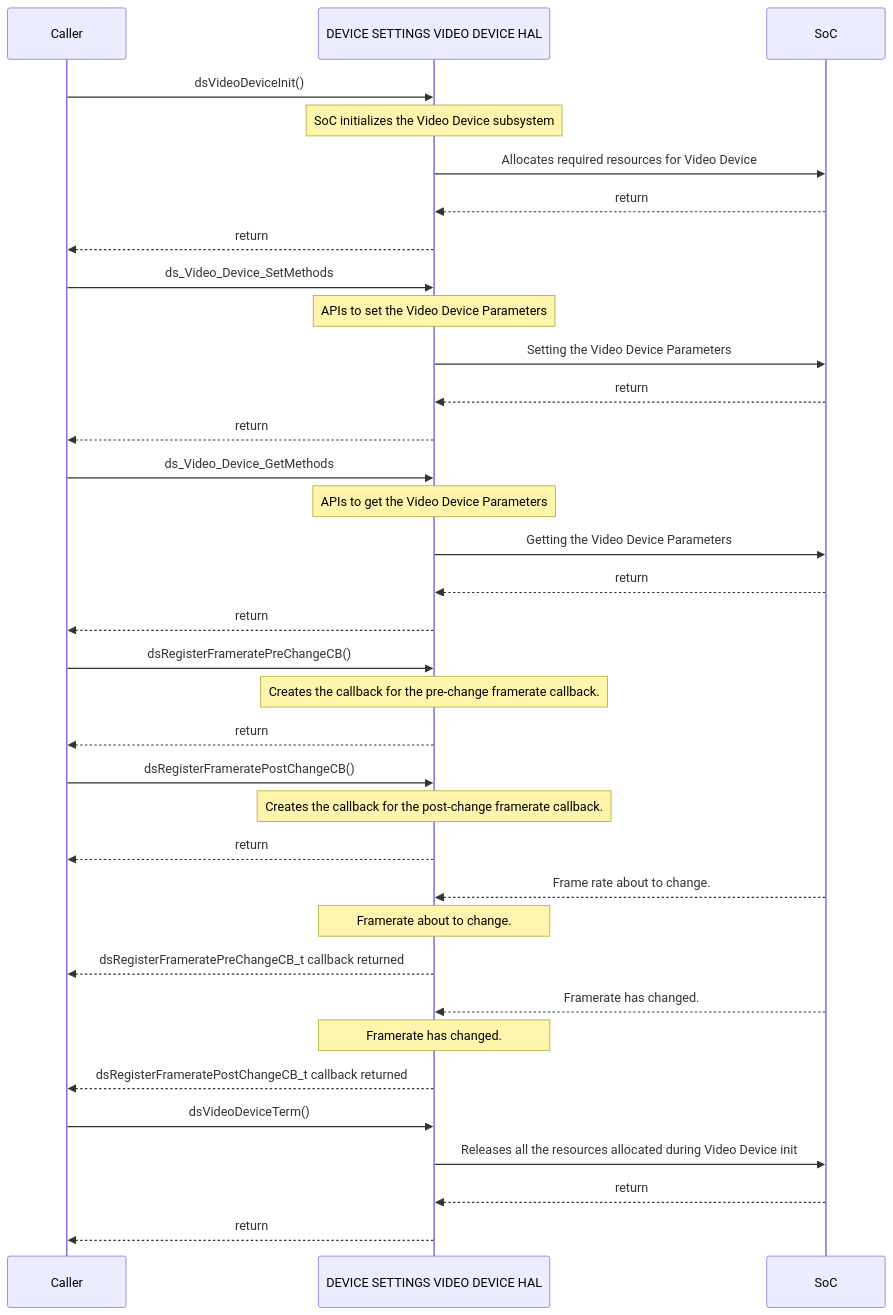
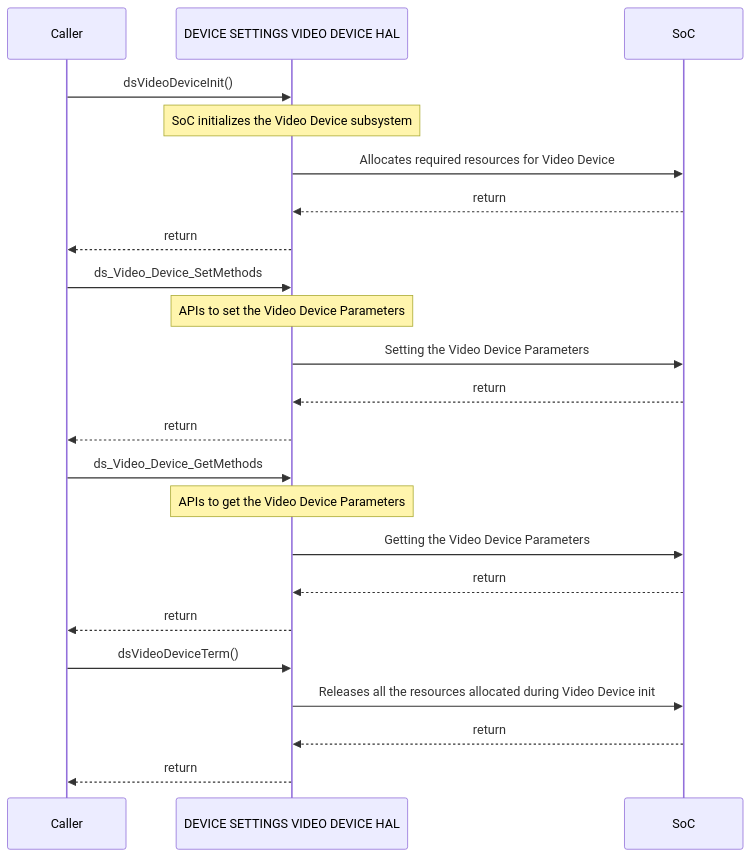
One commit to rdkcentral/rdk-halif-device_settings changed the second of 2 diagrams in docs/pages/ds-video-device_halSpec.md. Above: the diagram before and after it, drawn with Mermaid. The commit also changed other lines of this file and 2 other files, not shown here.

Commit message:
dsVideoDevice Hal update from meeting discussion

```````diff
--- a/docs/pages/ds-video-device_halSpec.md
+++ b/docs/pages/ds-video-device_halSpec.md
@@ -173,38 +168,26 @@
 ```mermaid
 %%{ init : { "theme" : "default", "flowchart" : { "curve" : "stepBefore" }}}%%
    sequenceDiagram
     participant Caller as Caller
     participant HAL as DEVICE SETTINGS VIDEO DEVICE HAL
     participant Driver as SoC
     Caller->>HAL:dsVideoDeviceInit()
     Note over HAL: SoC initializes the Video Device subsystem
     HAL->>Driver: Allocates required resources for Video Device
     Driver-->>HAL:return
     HAL-->>Caller:return
     Caller->>HAL: ds_Video_Device_SetMethods
     Note over HAL: APIs to set the Video Device Parameters
     HAL->>Driver:Setting the Video Device Parameters
     Driver-->>HAL:return
     HAL-->>Caller:return
     Caller->>HAL: ds_Video_Device_GetMethods
     Note over HAL: APIs to get the Video Device Parameters
     HAL->>Driver:Getting the Video Device Parameters
     Driver-->>HAL:return
     HAL-->>Caller:return
-    Caller->>HAL:dsRegisterFrameratePreChangeCB()
-    Note over HAL: Creates the callback for the pre-change framerate callback.
-    HAL-->>Caller:return
-    Caller->>HAL:dsRegisterFrameratePostChangeCB()
-    Note over HAL: Creates the callback for the post-change framerate callback.
-    HAL-->>Caller:return
-    Driver-->>HAL:Frame rate about to change.
-    Note over HAL: Framerate about to change.
-    HAL-->>Caller:dsRegisterFrameratePreChangeCB_t callback returned
-    Driver-->>HAL:Framerate has changed.
-    Note over HAL: Framerate has changed.
-    HAL-->>Caller:dsRegisterFrameratePostChangeCB_t callback returned
     Caller ->>HAL:dsVideoDeviceTerm()
     HAL ->> Driver: Releases all the resources allocated during Video Device init
     Driver-->>HAL:return
     HAL-->>Caller:return
 ``````
```````
